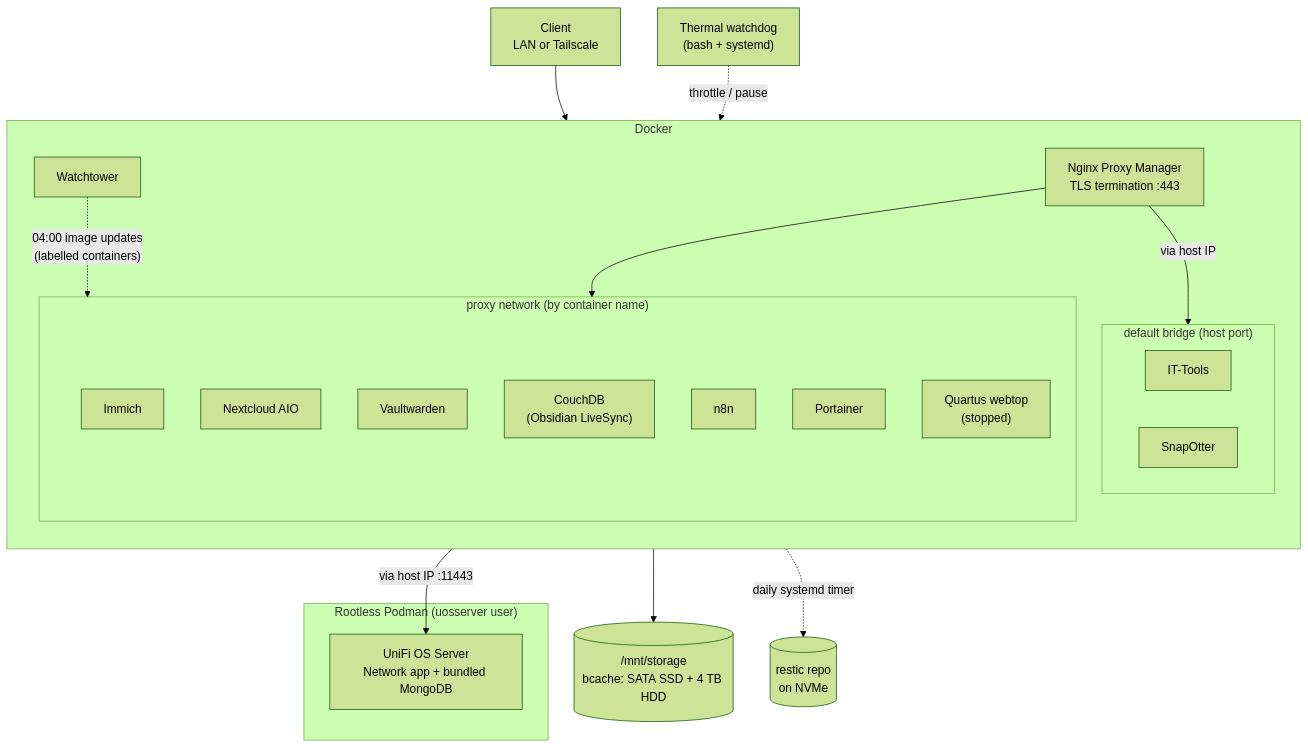
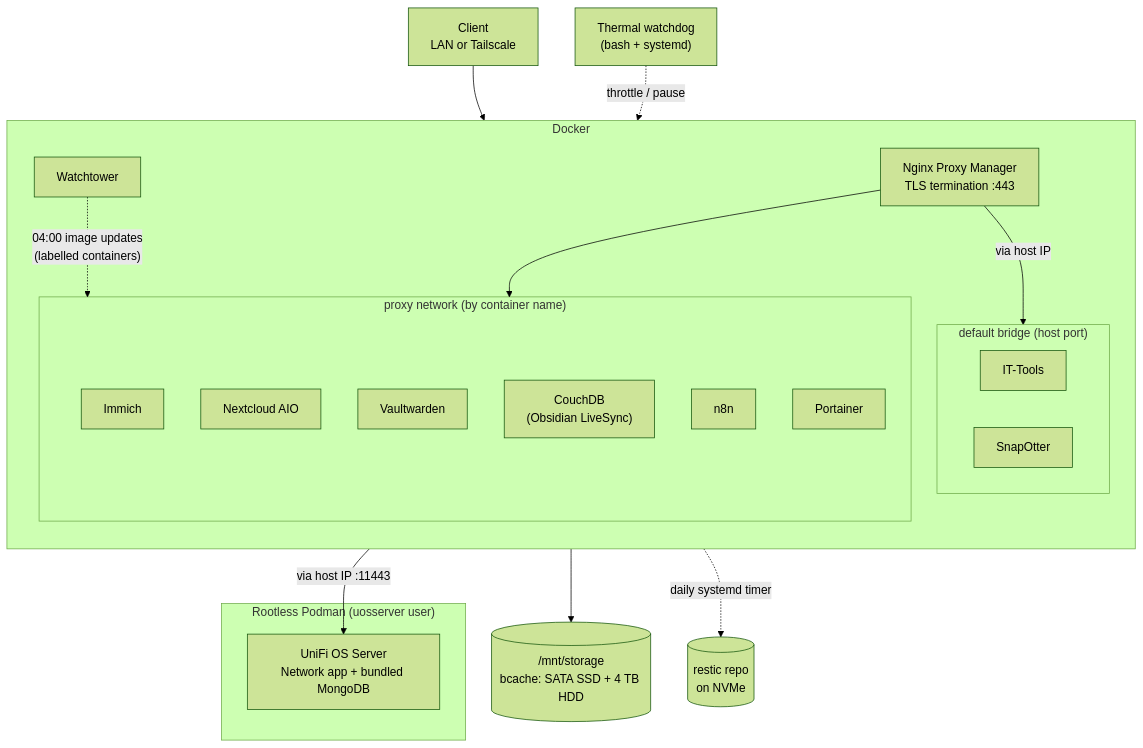
Before and after one commit to schultzn6619/homelab-documentation: the second of 2 diagrams in README.md, drawn with Mermaid (forest theme). The commit also changed other lines of this file and 9 other files, not shown here.

Commit message:
Remove the Quartus webtop from the documentation

````diff
--- a/README.md
+++ b/README.md
@@ -55,36 +55,35 @@
 ```mermaid
 flowchart TB
     Client[Client<br/>LAN or Tailscale] --> NPM["Nginx Proxy Manager<br/>TLS termination :443"]
 
     subgraph Docker["Docker"]
         direction TB
         NPM
         subgraph Proxy["proxy network (by container name)"]
             Immich
             Nextcloud[Nextcloud AIO]
             Vaultwarden
             CouchDB["CouchDB<br/>(Obsidian LiveSync)"]
             n8n
             Portainer
-            Quartus["Quartus webtop<br/>(stopped)"]
         end
         subgraph Bridge["default bridge (host port)"]
             ITTools[IT-Tools]
             SnapOtter
         end
         Watchtower -. "04:00 image updates<br/>(labelled containers)" .-> Proxy
     end
 
     subgraph Podman["Rootless Podman (uosserver user)"]
         UOS["UniFi OS Server<br/>Network app + bundled MongoDB"]
     end
 
     NPM --> Proxy
     NPM -- "via host IP" --> Bridge
     NPM -- "via host IP :11443" --> UOS
 
     Proxy --> Storage[("/mnt/storage<br/>bcache: SATA SSD + 4 TB HDD")]
     Proxy -. "daily systemd timer" .-> Backups[("restic repo<br/>on NVMe")]
 
     Watchdog["Thermal watchdog<br/>(bash + systemd)"] -. "throttle / pause" .-> Immich
 ```
````
